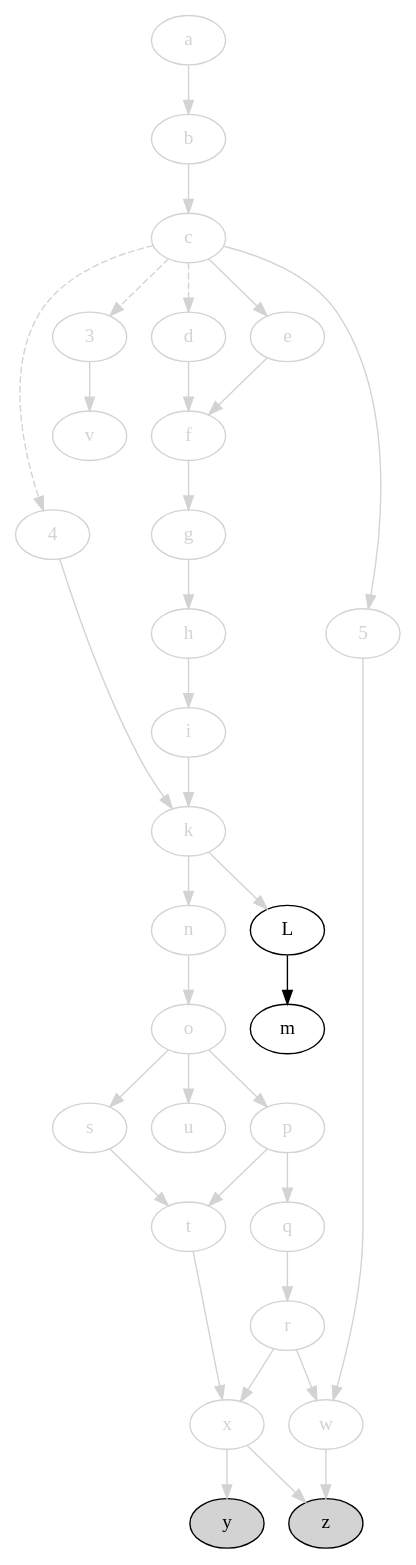
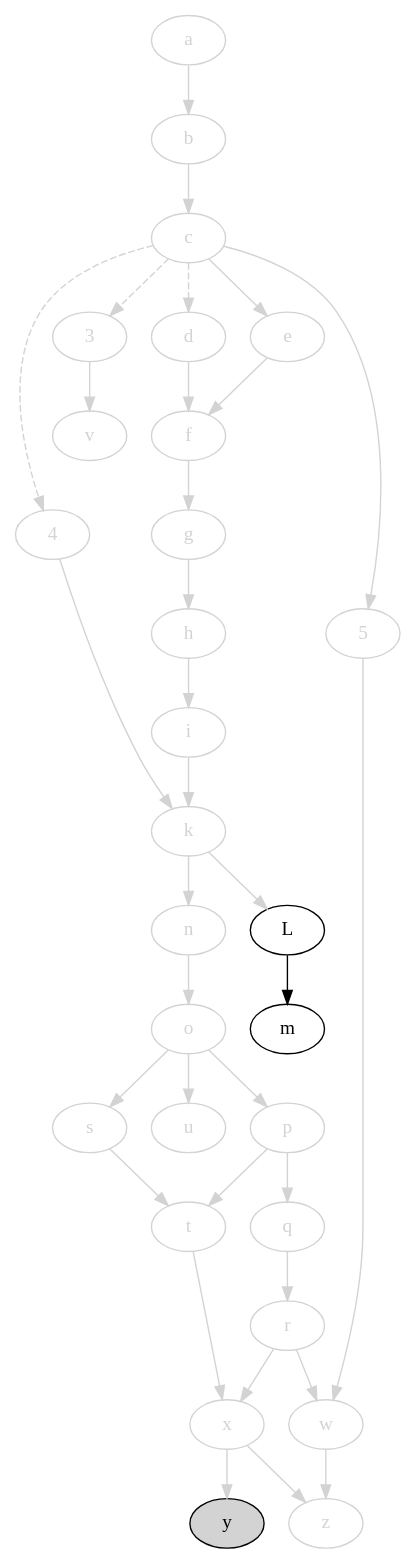
The diagram in svm-startup-deps.dot (jdmpapin/svm-startup-deps), drawn with Graphviz before and after one commit. The commit also changed 1 other file, not shown here.

```diff
--- a/svm-startup-deps.dot
+++ b/svm-startup-deps.dot
@@ -1,67 +1,67 @@
 digraph {
     // open: [style=filled,fillcolor=lightgrey]
     // closed: [color=lightgrey,fontcolor=lightgrey]
 
     4 [color=lightgrey,fontcolor=lightgrey];
     3 [color=lightgrey,fontcolor=lightgrey];
     a [color=lightgrey,fontcolor=lightgrey];
     b [color=lightgrey,fontcolor=lightgrey];
     c [color=lightgrey,fontcolor=lightgrey];
     d [color=lightgrey,fontcolor=lightgrey];
     e [color=lightgrey,fontcolor=lightgrey];
     f [color=lightgrey,fontcolor=lightgrey];
     g [color=lightgrey,fontcolor=lightgrey];
     h [color=lightgrey,fontcolor=lightgrey];
     i [color=lightgrey,fontcolor=lightgrey];
     k [color=lightgrey,fontcolor=lightgrey];
     L;
     m;
     5 [color=lightgrey,fontcolor=lightgrey];
     n [color=lightgrey,fontcolor=lightgrey];
     o [color=lightgrey,fontcolor=lightgrey];
     p [color=lightgrey,fontcolor=lightgrey];
     q [color=lightgrey,fontcolor=lightgrey];
     r [color=lightgrey,fontcolor=lightgrey];
     s [color=lightgrey,fontcolor=lightgrey];
     t [color=lightgrey,fontcolor=lightgrey];
     u [color=lightgrey,fontcolor=lightgrey];
     v [color=lightgrey,fontcolor=lightgrey];
     w [color=lightgrey,fontcolor=lightgrey];
     x [color=lightgrey,fontcolor=lightgrey];
     y [style=filled,fillcolor=lightgrey];
-    z [style=filled,fillcolor=lightgrey];
+    z [color=lightgrey,fontcolor=lightgrey];
 
     4 -> k [color=lightgrey];
     c -> 4 [style=dashed,color=lightgrey];
     c -> 3 [style=dashed,color=lightgrey];
     c -> d [style=dashed,color=lightgrey];
     3 -> v [color=lightgrey];
     a -> b [color=lightgrey];
     b -> c [color=lightgrey];
     c -> e [color=lightgrey];
     c -> 5 [color=lightgrey];
     d -> f [color=lightgrey];
     e -> f [color=lightgrey];
     f -> g [color=lightgrey];
     g -> h [color=lightgrey];
     h -> i [color=lightgrey];
     i -> k [color=lightgrey];
     k -> L [color=lightgrey];
     L -> m;
     k -> n [color=lightgrey];
     n -> o [color=lightgrey];
     o -> p [color=lightgrey];
     p -> q [color=lightgrey];
     q -> r [color=lightgrey];
     o -> s [color=lightgrey];
     s -> t [color=lightgrey];
     p -> t [color=lightgrey];
     o -> u [color=lightgrey];
     5 -> w [color=lightgrey];
     r -> w [color=lightgrey];
     t -> x [color=lightgrey];
     r -> x [color=lightgrey];
     x -> y [color=lightgrey];
     x -> z [color=lightgrey];
     w -> z [color=lightgrey];
 }
```
